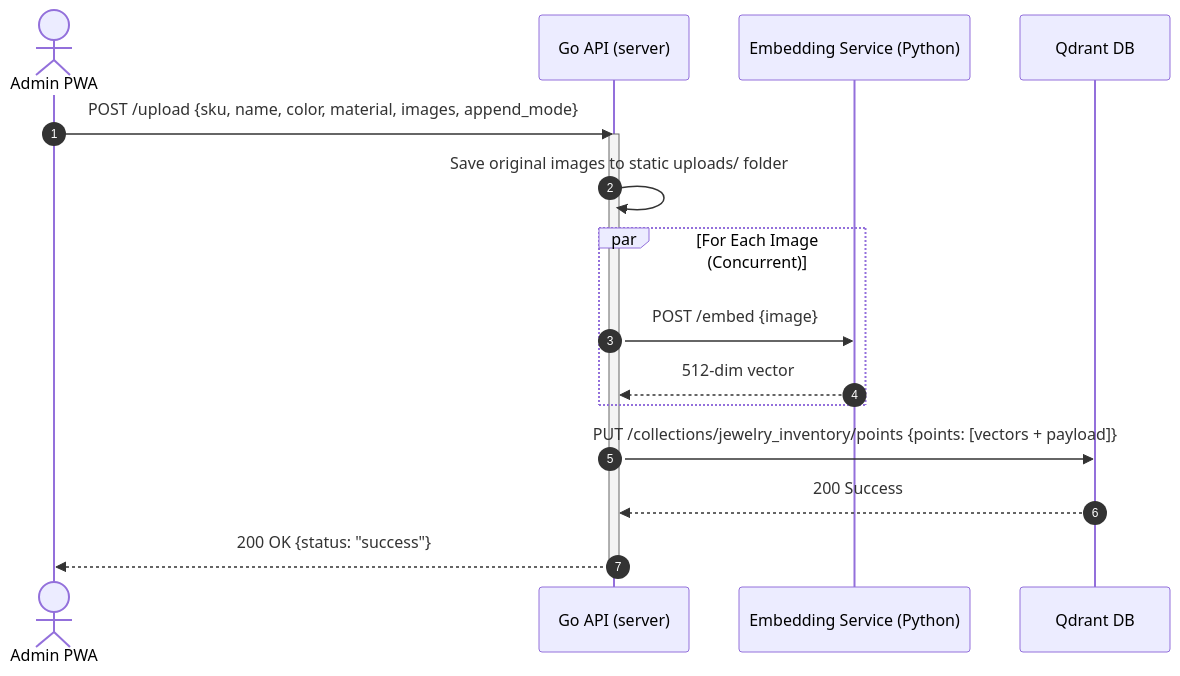
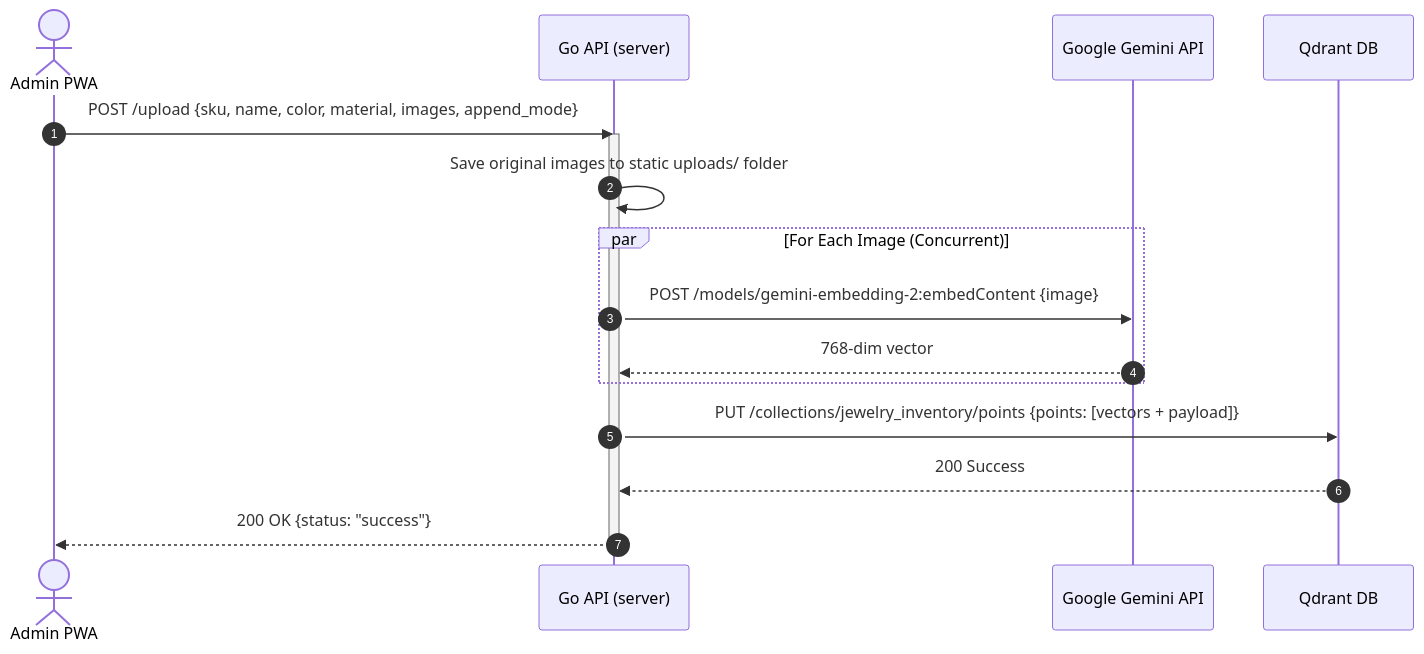
The third of 4 diagrams in docs/api_sequence_diagrams.md (lupohirp/ShelfScan), drawn with Mermaid before and after one commit. The commit also changed other lines of this file, not shown here.

````diff
--- a/docs/api_sequence_diagrams.md
+++ b/docs/api_sequence_diagrams.md
@@ -83,22 +87,22 @@
 ```mermaid
 sequenceDiagram
     autonumber
     actor Admin as Admin PWA
     participant API as Go API (server)
-    participant ML as Embedding Service (Python)
+    participant GeminiAPI as Google Gemini API
     participant Qdrant as Qdrant DB
 
     Admin->>API: POST /upload {sku, name, color, material, images, append_mode}
     activate API
     API->>API: Save original images to static uploads/ folder
     
     par For Each Image (Concurrent)
-        API->>ML: POST /embed {image}
-        ML-->>API: 512-dim vector
+        API->>GeminiAPI: POST /models/gemini-embedding-2:embedContent {image}
+        GeminiAPI-->>API: 768-dim vector
     end
     
     API->>Qdrant: PUT /collections/jewelry_inventory/points {points: [vectors + payload]}
     Qdrant-->>API: 200 Success
     API-->>Admin: 200 OK {status: "success"}
     deactivate API
 ```
````
